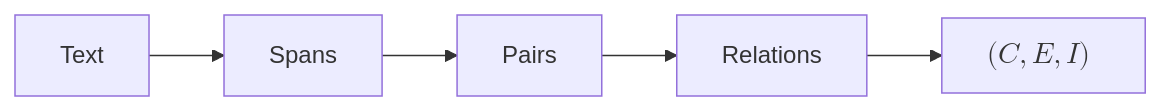
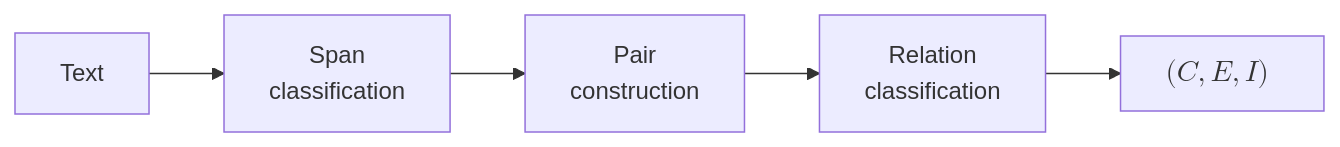
One commit to padjohn/causalsemantics changed the diagram in extraction/extraction.qmd. Above: the diagram before and after it, drawn with Mermaid. The commit also changed other lines of this file and 11 other files, not shown here.

````diff
--- a/extraction/extraction.qmd
+++ b/extraction/extraction.qmd
@@ -70,7 +70,7 @@
 ```{mermaid}
 graph LR
-    A[Text] --> B2[Spans]
-    B2 --> D[Pairs]
-    D --> E[Relations]
+    A[Text] --> B2[Span<br/>classification]
+    B2 --> D[Pair<br/>construction]
+    D --> E[Relation<br/>classification]
     E --> F["$$(C, E, I)\;$$"]
 ```
````
